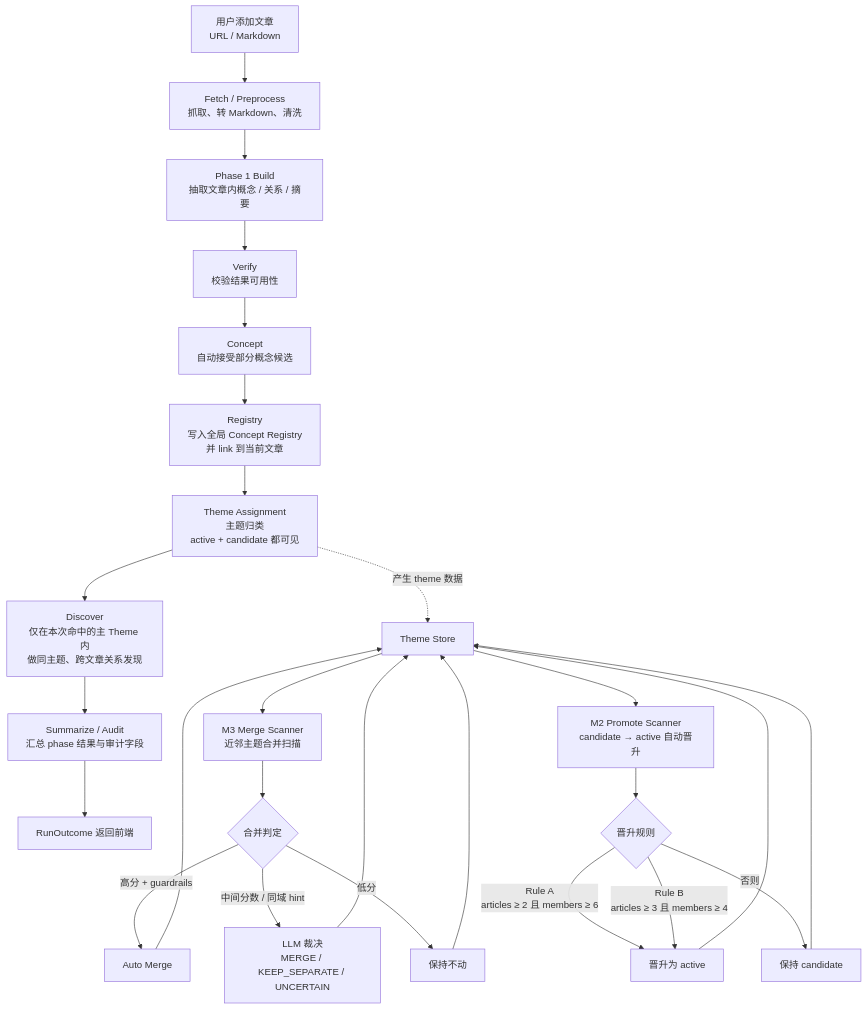
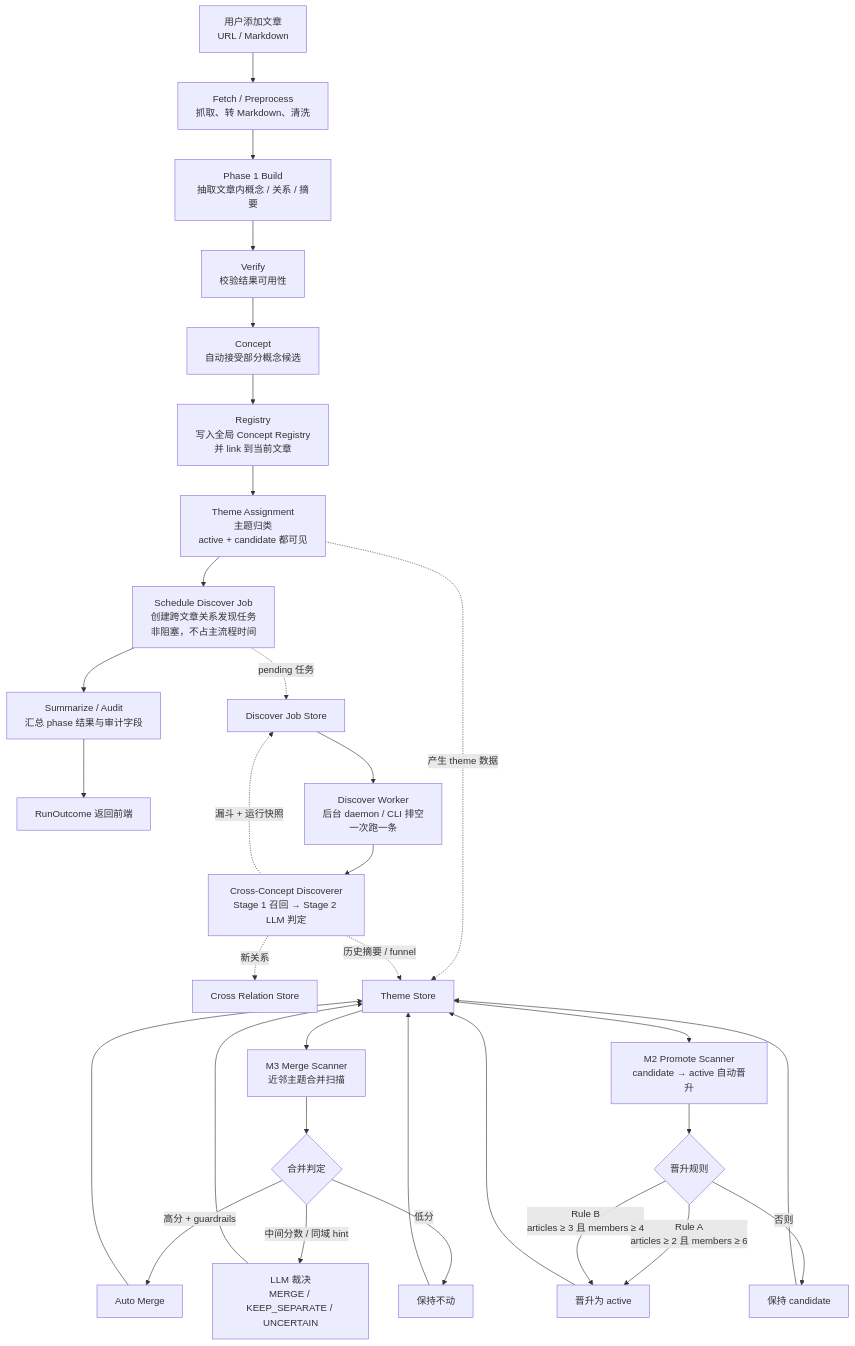
The second of 4 diagrams in README.md (searchbb/knowledge-fabric), drawn with Mermaid before and after one commit. The commit also changed other lines of this file and 52 other files, not shown here.

First line of the commit message:
feat(discover-v2): async discover job queue + embedding recall + governance panels

````diff
--- a/README.md
+++ b/README.md
@@ -55,34 +55,41 @@
 ```mermaid
 flowchart TD
     A[用户添加文章<br/>URL / Markdown] --> B[Fetch / Preprocess<br/>抓取、转 Markdown、清洗]
     B --> C[Phase 1 Build<br/>抽取文章内概念 / 关系 / 摘要]
     C --> D[Verify<br/>校验结果可用性]
     D --> E[Concept<br/>自动接受部分概念候选]
     E --> F[Registry<br/>写入全局 Concept Registry<br/>并 link 到当前文章]
     F --> G[Theme Assignment<br/>主题归类<br/>active + candidate 都可见]
 
-    G --> H[Discover<br/>仅在本次命中的主 Theme 内<br/>做同主题、跨文章关系发现]
+    G --> H[Schedule Discover Job<br/>创建跨文章关系发现任务<br/>非阻塞，不占主流程时间]
     H --> I[Summarize / Audit<br/>汇总 phase 结果与审计字段]
     I --> J[RunOutcome 返回前端]
 
+    H -. pending 任务 .-> DJ[Discover Job Store]
+    DJ --> DW[Discover Worker<br/>后台 daemon / CLI 排空<br/>一次跑一条]
+    DW --> DX[Cross-Concept Discoverer<br/>Stage 1 召回 → Stage 2 LLM 判定]
+    DX -. 新关系 .-> XR[Cross Relation Store]
+    DX -. 漏斗 + 运行快照 .-> DJ
+
     G -. 产生 theme 数据 .-> K[Theme Store]
+    DX -. 历史摘要 / funnel .-> K
 
     K --> L[M3 Merge Scanner<br/>近邻主题合并扫描]
     K --> M[M2 Promote Scanner<br/>candidate → active 自动晋升]
 
     L --> N{合并判定}
     N -->|高分 + guardrails| O[Auto Merge]
     N -->|中间分数 / 同域 hint| P[LLM 裁决<br/>MERGE / KEEP_SEPARATE / UNCERTAIN]
     N -->|低分| Q[保持不动]
 
     M --> R{晋升规则}
     R -->|Rule A<br/>articles ≥ 2 且 members ≥ 6| S[晋升为 active]
     R -->|Rule B<br/>articles ≥ 3 且 members ≥ 4| S
     R -->|否则| T[保持 candidate]
 
     O --> K
     P --> K
     Q --> K
     S --> K
     T --> K
 ```
````
